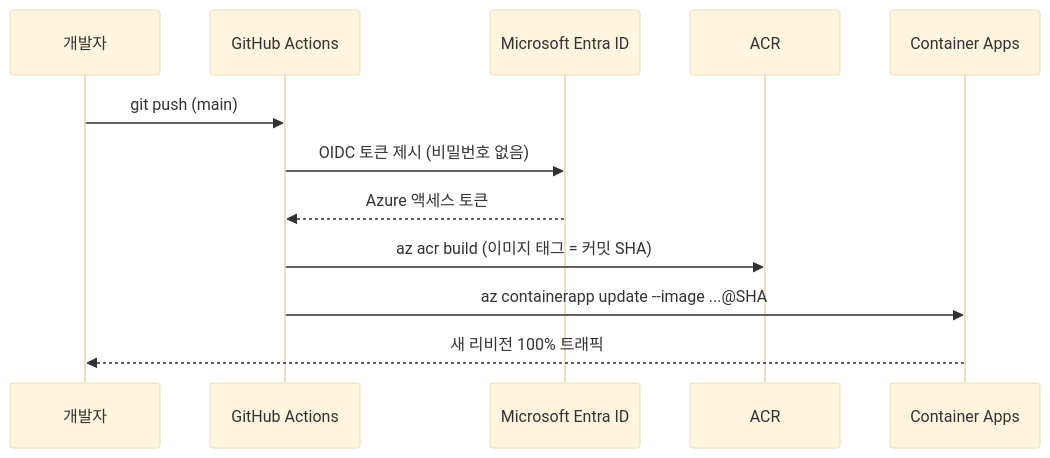
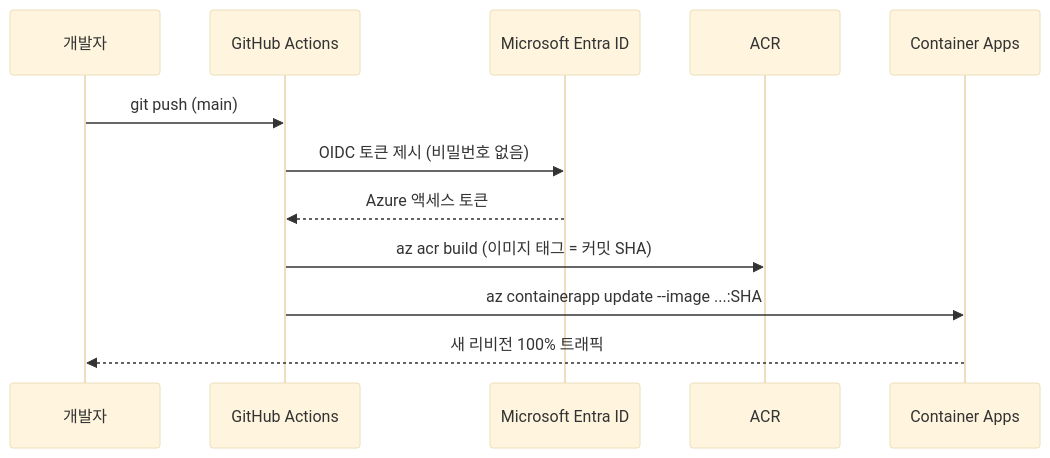
Before and after one commit to Taeyangmoon/azure-modernization-lab: the diagram in docs/lab7-cicd.md, drawn with Mermaid (base theme). The commit also changed other lines of this file and 23 other files, not shown here.

````diff
--- a/docs/lab7-cicd.md
+++ b/docs/lab7-cicd.md
@@ -9,14 +9,14 @@
 ```mermaid
 sequenceDiagram
   participant Dev as 개발자
   participant GH as GitHub Actions
   participant AAD as Microsoft Entra ID
   participant ACR as ACR
   participant ACA as Container Apps
   Dev->>GH: git push (main)
   GH->>AAD: OIDC 토큰 제시 (비밀번호 없음)
   AAD-->>GH: Azure 액세스 토큰
   GH->>ACR: az acr build (이미지 태그 = 커밋 SHA)
-  GH->>ACA: az containerapp update --image ...@SHA
+  GH->>ACA: az containerapp update --image ...:SHA
   ACA-->>Dev: 새 리비전 100% 트래픽
 ```
````
